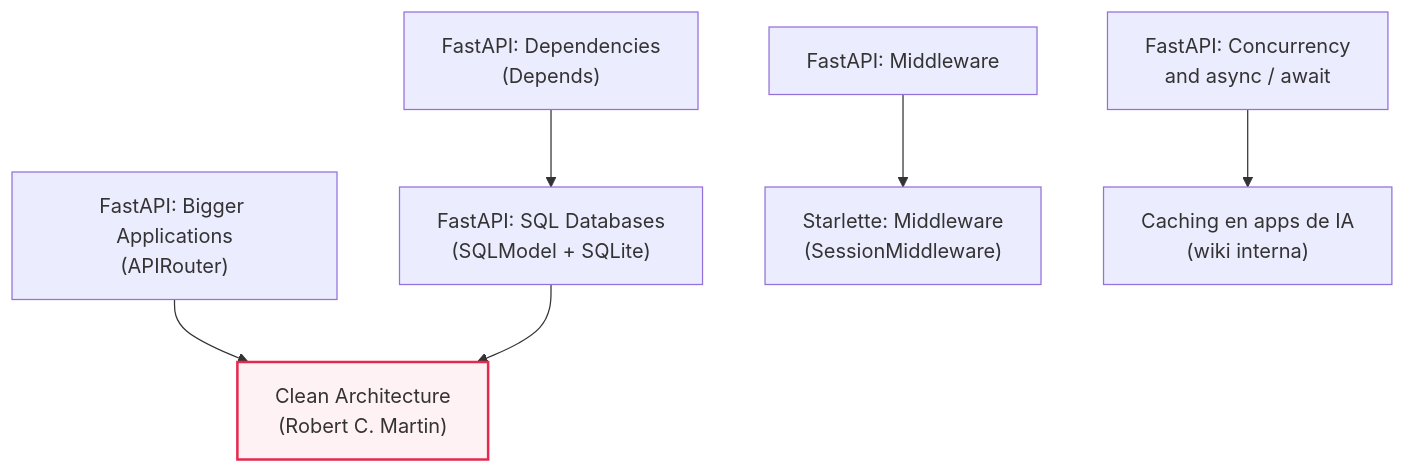
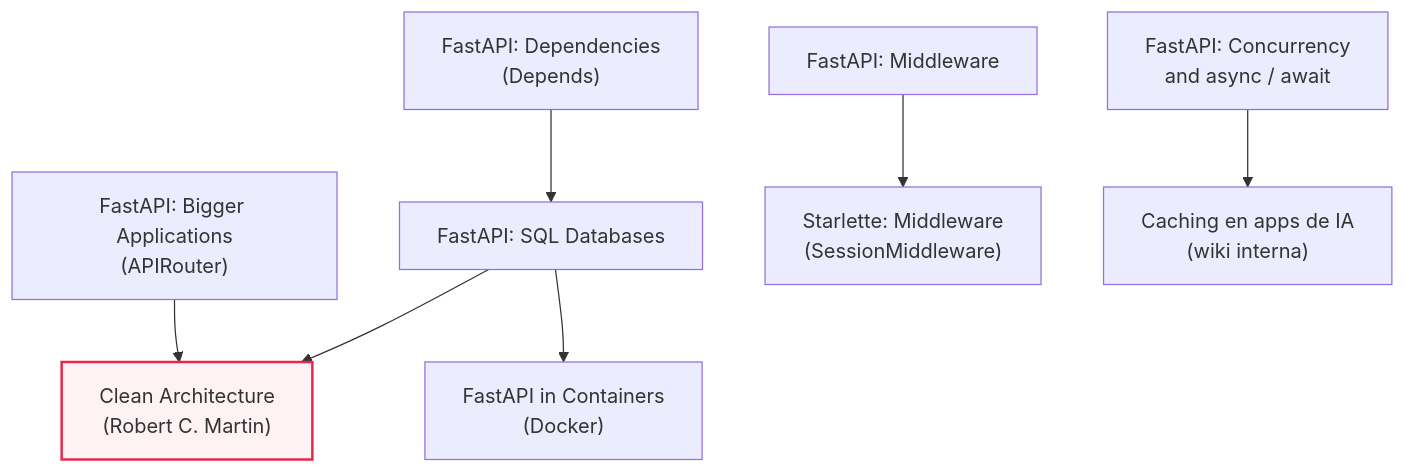
The third of 4 diagrams in Temas/M07·S04 - Componentes avanzados de FastAPI y separación en capas.md (Luc5k4yw4lk3r/AIE-Bootcamp), drawn with Mermaid before and after one commit. The commit also changed other lines of this file and 5 other files, not shown here.

````diff
--- a/Temas/M07·S04 - Componentes avanzados de FastAPI y separación en capas.md
+++ b/Temas/M07·S04 - Componentes avanzados de FastAPI y separación en capas.md
@@ -283,11 +432,12 @@
 ```mermaid
 flowchart TD
     ROUT["FastAPI: Bigger Applications<br/>(APIRouter)"] --> CA["Clean Architecture<br/>(Robert C. Martin)"]
-    DEP["FastAPI: Dependencies<br/>(Depends)"] --> SQLDB["FastAPI: SQL Databases<br/>(SQLModel + SQLite)"]
+    DEP["FastAPI: Dependencies<br/>(Depends)"] --> SQLDB["FastAPI: SQL Databases"]
+    SQLDB --> DOCK["FastAPI in Containers<br/>(Docker)"]
     SQLDB --> CA
     MW["FastAPI: Middleware"] --> SESS["Starlette: Middleware<br/>(SessionMiddleware)"]
     ASYNC["FastAPI: Concurrency<br/>and async / await"] --> CACHE["Caching en apps de IA<br/>(wiki interna)"]
 
     classDef foco fill:#FEF2F4,stroke:#E6284E,stroke-width:2px
     class CA foco
 ```
````
